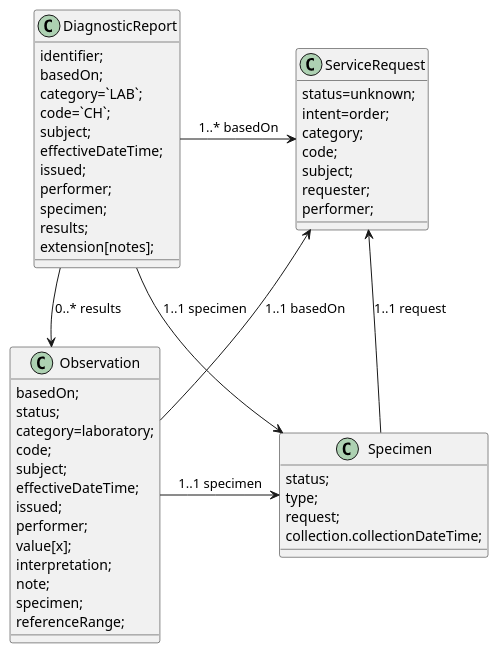
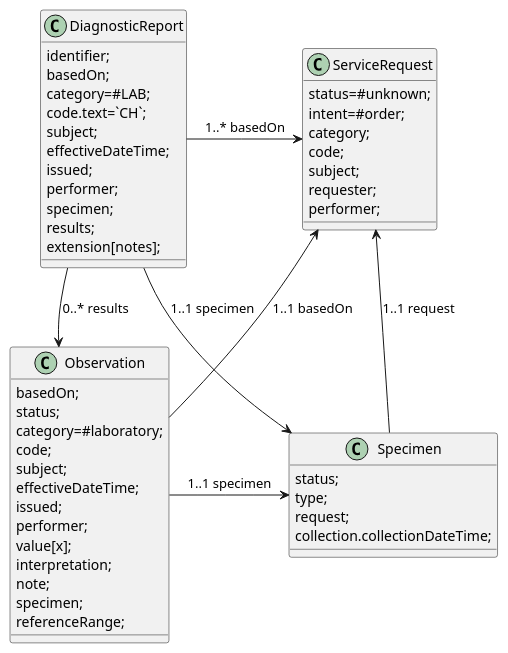
Before and after one commit to department-of-veterans-affairs/mhv-fhir-phr-mapping: the diagram in input/images-source/chLab.plantuml, drawn with PlantUML. The commit also changed 1 other file, not shown here.

Commit message:
diagram adjustments

```diff
--- a/input/images-source/chLab.plantuml
+++ b/input/images-source/chLab.plantuml
@@ -1,55 +1,55 @@
 @startuml
-skinparam svgDimensionStyle false
+skinparam svgDimensionStyle true
 
 class DiagnosticReport {
     identifier;
     basedOn;
-    category=`LAB`;
-    code=`CH`;
+    category=#LAB;
+    code.text=`CH`;
     subject;
     effectiveDateTime;
     issued;
     performer;
     specimen;
     results;
     extension[notes];
 }
 class ServiceRequest {
-    status=unknown;
-    intent=order;
+    status=#unknown;
+    intent=#order;
     category;
     code;
     subject;
     requester;
     performer;
 }
 class Specimen {
     status;
     type;
     request;
     collection.collectionDateTime;
 }
 class Observation {
     basedOn;
     status;
-    category=laboratory;
+    category=#laboratory;
     code;
     subject;
     effectiveDateTime;
     issued;
     performer;
     value[x];
     interpretation;
     note;
     specimen;
     referenceRange;
 }
 
 DiagnosticReport -down-> Specimen: 1..1 specimen
 Specimen -right-> ServiceRequest: 1..1 request
 DiagnosticReport -right-> ServiceRequest: 1..* basedOn
 Observation -up-> ServiceRequest: 1..1 basedOn
 DiagnosticReport -down-> Observation: 0..* results
 Observation -right-> Specimen: 1..1 specimen
 
 @enduml
```
